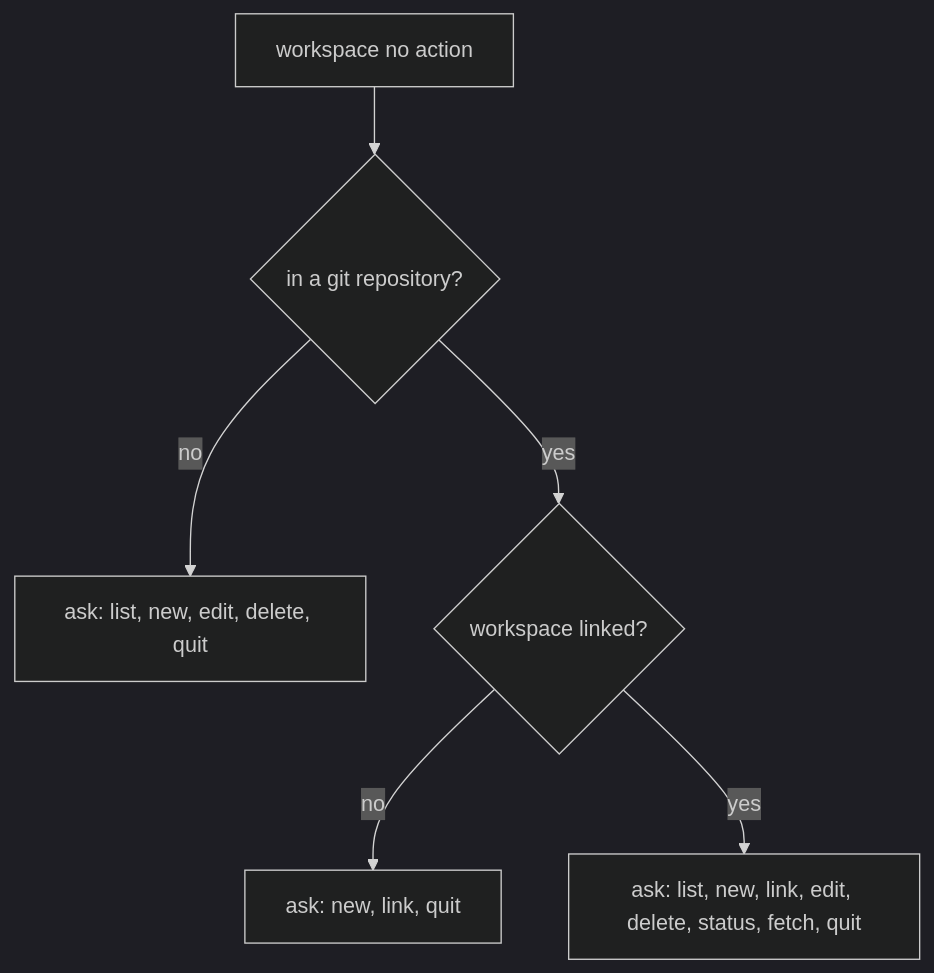
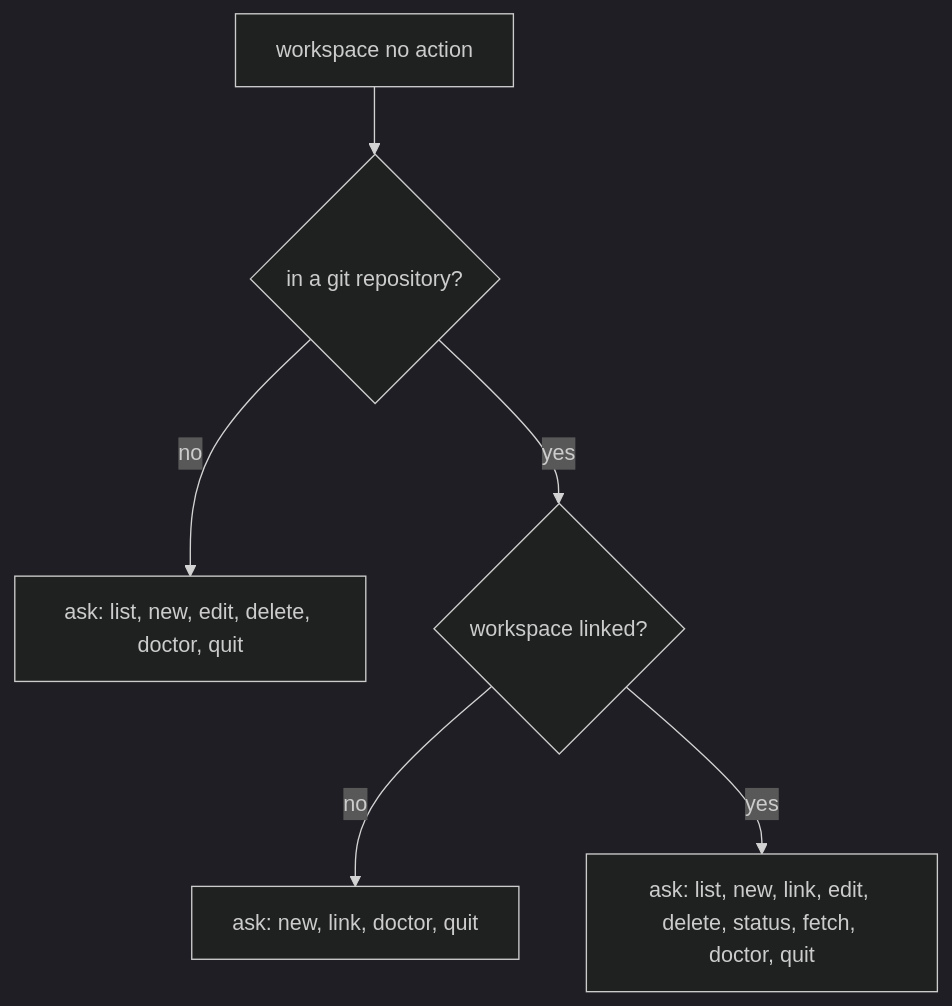
One commit to extsoft/elegant-git changed the diagram in adr/006-workspace-object.md. Above: the diagram before and after it, drawn with Mermaid (dark theme). The commit also changed other lines of this file and 20 other files, not shown here.

````diff
--- a/adr/006-workspace-object.md
+++ b/adr/006-workspace-object.md
@@ -61,9 +105,9 @@
 ```mermaid
 flowchart TD
   start[workspace no action]
   start --> inGit{in a git repository?}
-  inGit -->|no| outside["ask: list, new, edit, delete, quit"]
+  inGit -->|no| outside["ask: list, new, edit, delete, doctor, quit"]
   inGit -->|yes| linked{workspace linked?}
-  linked -->|no| unlinked["ask: new, link, quit"]
-  linked -->|yes| linkedAsk["ask: list, new, link, edit, delete, status, fetch, quit"]
+  linked -->|no| unlinked["ask: new, link, doctor, quit"]
+  linked -->|yes| linkedAsk["ask: list, new, link, edit, delete, status, fetch, doctor, quit"]
 ```
````
